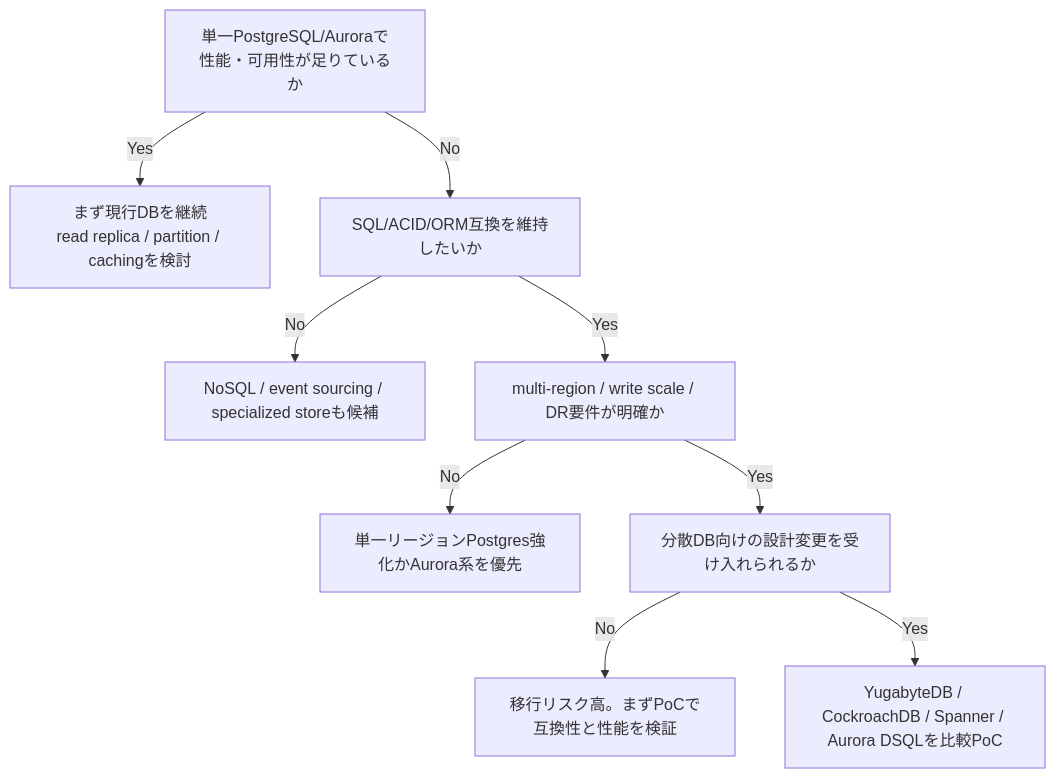
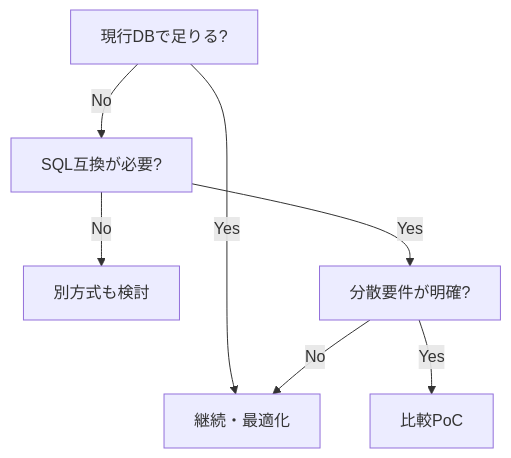
One commit to daylight55/research changed the third of 3 diagrams in src/content/blog/newsql-yugabyte-brief.mdx. Above: the diagram before and after it, drawn with Mermaid. The commit also changed other lines of this file and 20 other files, not shown here.

Commit message:
Mermaid図の表示サイズを調整

````diff
--- a/src/content/blog/newsql-yugabyte-brief.mdx
+++ b/src/content/blog/newsql-yugabyte-brief.mdx
@@ -151,11 +142,9 @@
 ```mermaid
 flowchart TD
-  Q1["単一PostgreSQL/Auroraで性能・可用性が足りているか"] -->|Yes| A1["まず現行DBを継続<br/>read replica / partition / cachingを検討"]
-  Q1 -->|No| Q2["SQL/ACID/ORM互換を維持したいか"]
-  Q2 -->|No| A2["NoSQL / event sourcing / specialized storeも候補"]
-  Q2 -->|Yes| Q3["multi-region / write scale / DR要件が明確か"]
-  Q3 -->|No| A3["単一リージョンPostgres強化かAurora系を優先"]
-  Q3 -->|Yes| Q4["分散DB向けの設計変更を受け入れられるか"]
-  Q4 -->|No| A4["移行リスク高。まずPoCで互換性と性能を検証"]
-  Q4 -->|Yes| A5["YugabyteDB / CockroachDB / Spanner / Aurora DSQLを比較PoC"]
+  Q1["現行DBで足りる?"] -->|Yes| Keep["継続・最適化"]
+  Q1 -->|No| Q2["SQL互換が必要?"]
+  Q2 -->|No| Alt["別方式も検討"]
+  Q2 -->|Yes| Q3["分散要件が明確?"]
+  Q3 -->|Yes| PoC["比較PoC"]
+  Q3 -->|No| Keep
 ```
````
